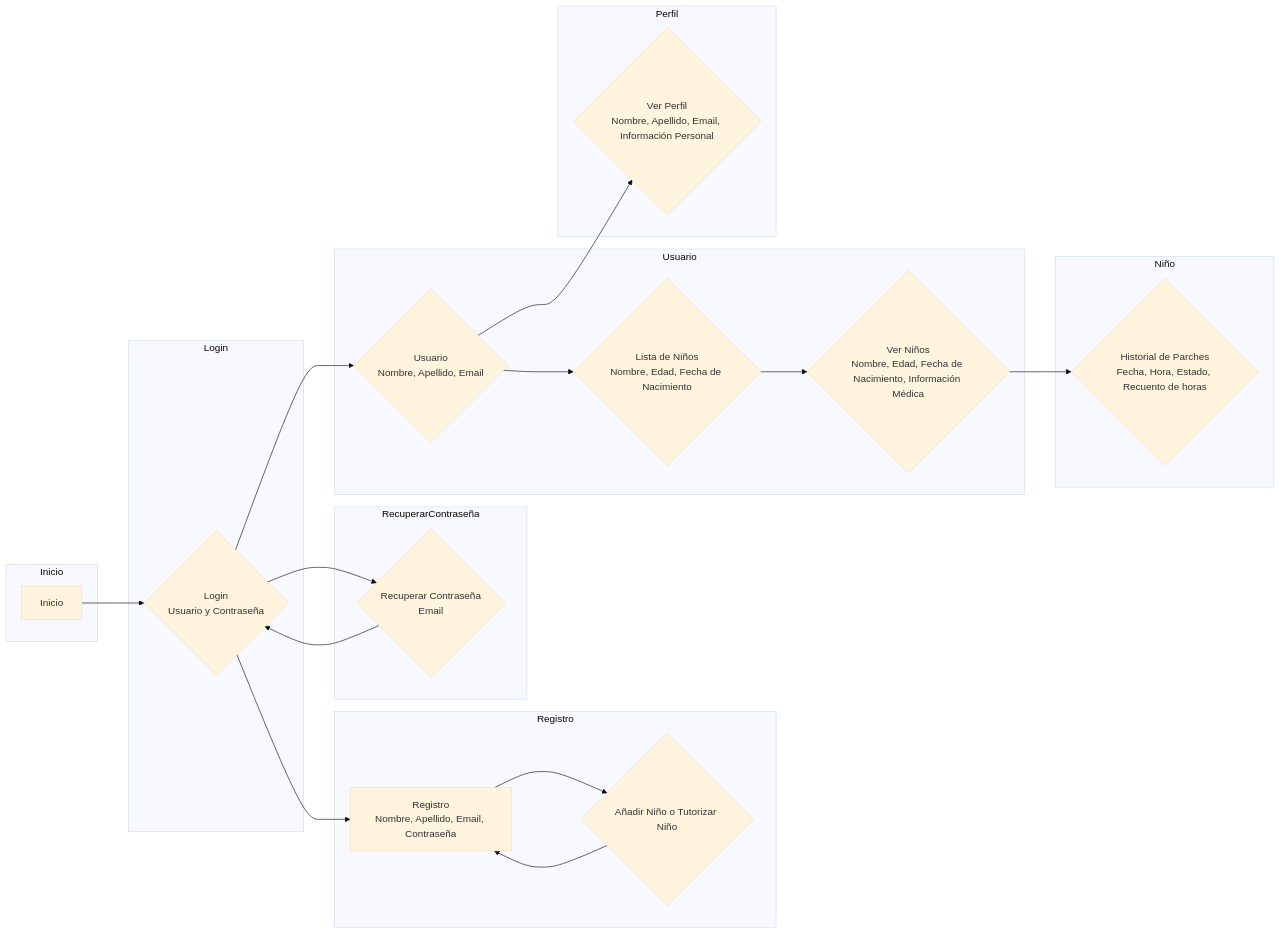
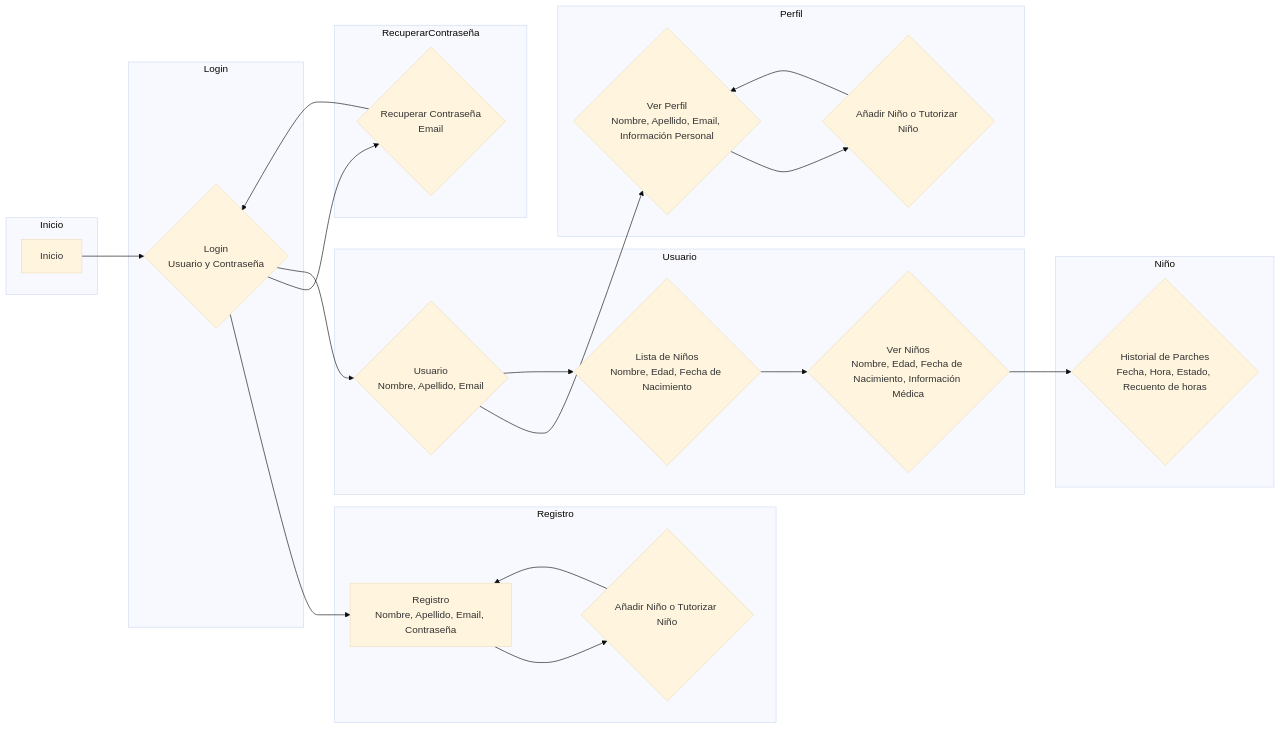
The diagram in Prototype1/DiagramaVista.mermaid (mactiburon/tapatapp), drawn with Mermaid (base theme) before and after one commit.

Commit message:
DiagramaVista.mermaid

```diff
--- a/Prototype1/DiagramaVista.mermaid
+++ b/Prototype1/DiagramaVista.mermaid
@@ -1,37 +1,40 @@
 graph LR
     subgraph Inicio
         A[Inicio]
     end
     subgraph Login
         B{Login<br>Usuario y Contraseña}
     end
     subgraph Registro
         C[Registro<br>Nombre, Apellido, Email, Contraseña]
         E{Añadir Niño o Tutorizar Niño}
     end
     subgraph RecuperarContraseña
         F{Recuperar Contraseña<br>Email}
     end
     subgraph Usuario
         G{Usuario<br>Nombre, Apellido, Email}
         H{Lista de Niños<br>Nombre, Edad, Fecha de Nacimiento}
         I{Ver Niños<br>Nombre, Edad, Fecha de Nacimiento, Información Médica}
     end
     subgraph Perfil
         J{Ver Perfil<br>Nombre, Apellido, Email, Información Personal}
+        L{Añadir Niño o Tutorizar Niño}
     end
     subgraph Niño
         K{Historial de Parches<br>Fecha, Hora, Estado, Recuento de horas}
     end
 
     A --> B
     B --> C
     C --> E
     E --> C
     B --> F
     F --> B
     B --> G
     G --> J
     G --> H
     H --> I
     I --> K
+    J --> L
+    L --> J
```
